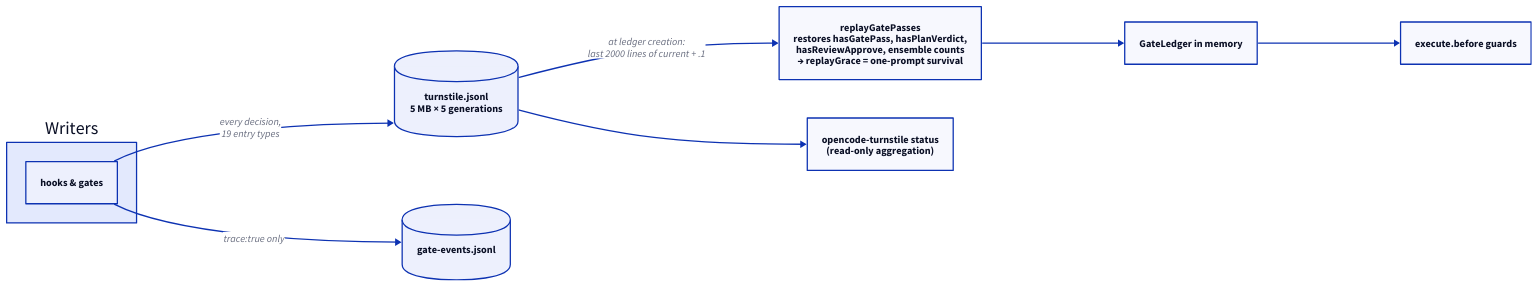
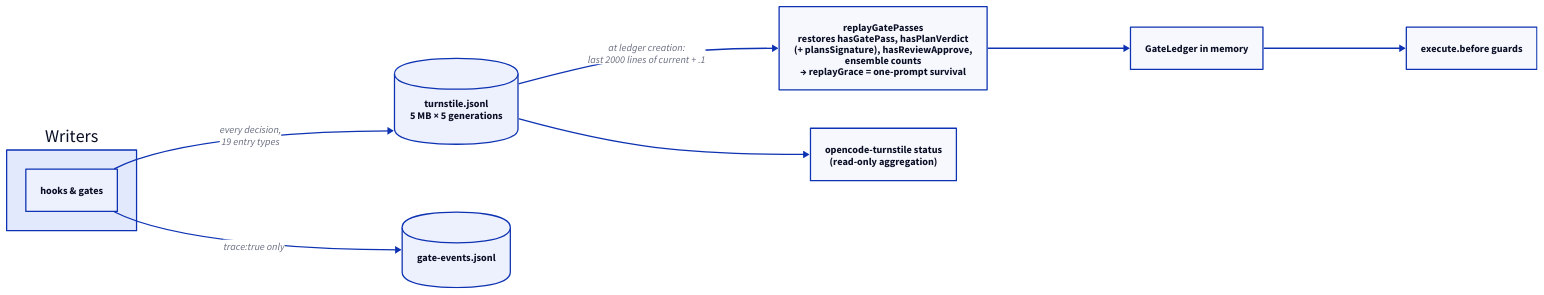
The diagram in docs/diagrams/d05-persistence.d2 (edseabolt/turnstile), drawn with D2 before and after one commit. The commit also changed 10 other files, not shown here.

First line of the commit message:
fix(gates): journal and replay the plan dir signature so restarts validate replayed approvals

```diff
--- a/docs/diagrams/d05-persistence.d2
+++ b/docs/diagrams/d05-persistence.d2
@@ -1,24 +1,24 @@
 direction: right
 
 writers: "Writers" {
   hooks: "hooks & gates"
 }
 
 jsonl: "turnstile.jsonl\n5 MB × 5 generations" {
   shape: cylinder
 }
 trace: "gate-events.jsonl" {
   shape: cylinder
 }
 
-replay: "replayGatePasses\nrestores hasGatePass, hasPlanVerdict,\nhasReviewApprove, ensemble counts\n→ replayGrace = one-prompt survival"
+replay: "replayGatePasses\nrestores hasGatePass, hasPlanVerdict\n(+ plansSignature), hasReviewApprove,\nensemble counts\n→ replayGrace = one-prompt survival"
 ledger: "GateLedger in memory"
 enforce: "execute.before guards"
 cli: "opencode-turnstile status\n(read-only aggregation)"
 
 writers.hooks -> jsonl: "every decision,\n19 entry types"
 writers.hooks -> trace: "trace:true only"
 jsonl -> replay: "at ledger creation:\nlast 2000 lines of current + .1"
 replay -> ledger
 ledger -> enforce
 jsonl -> cli
```
